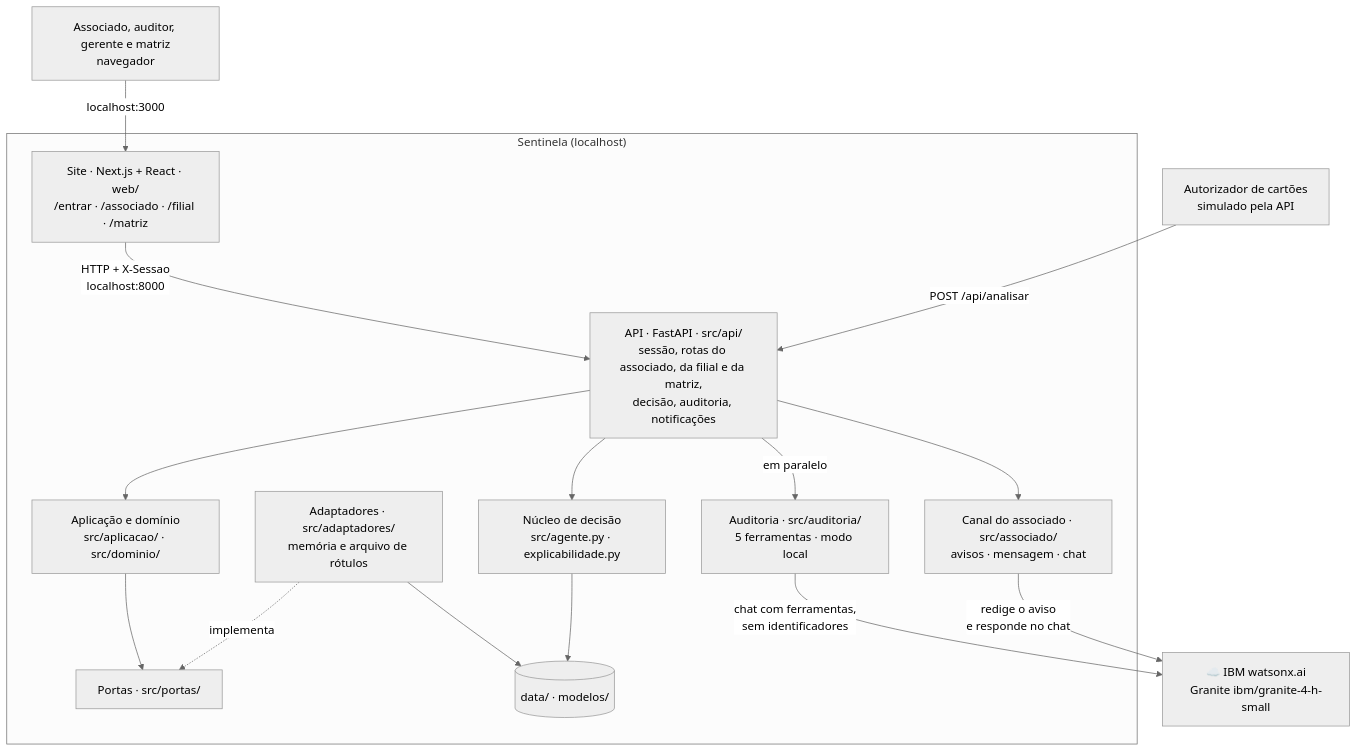
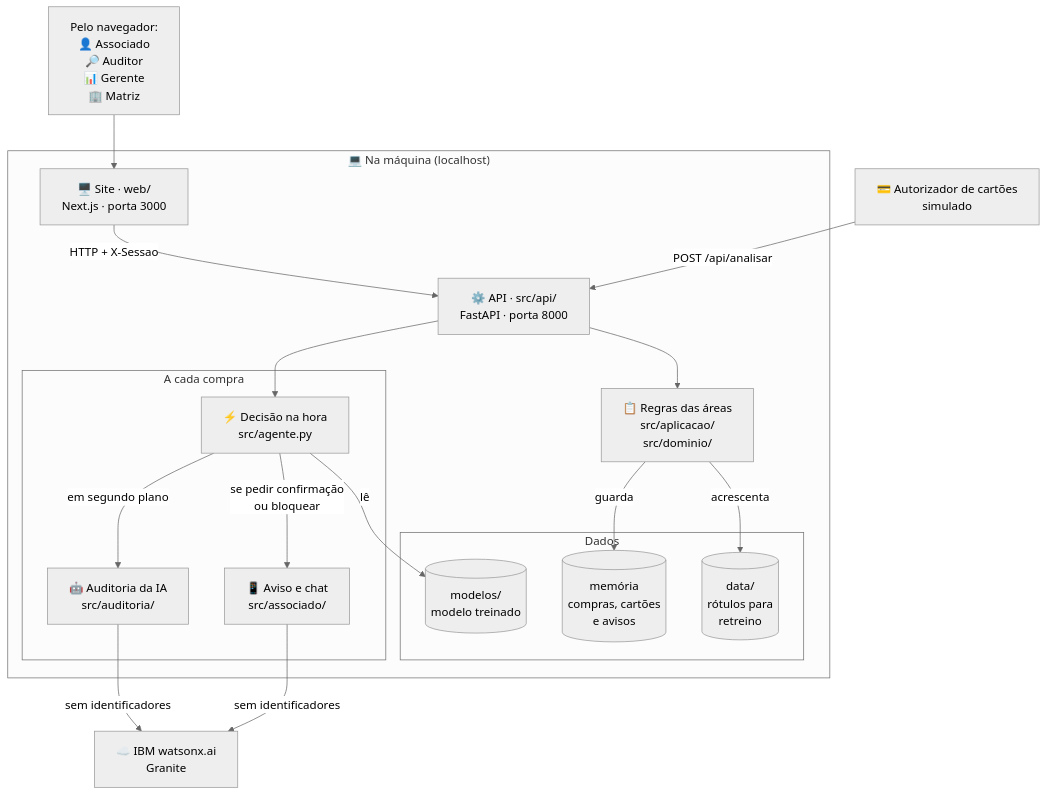
The third of 15 diagrams in README.md (PedroMLegnaghi/Sentinela_IBM_SkillsBuildAILab_Sicredi_challenge), drawn with Mermaid (neutral theme) before and after one commit. The commit also changed other lines of this file, not shown here.

Commit message:
docs: redesenha o diagrama de contêineres do README (#150)
* docs: redesenha o diagrama de contêineres do README

* docs: simplifica as setas do diagrama de contêineres

* docs: junta as pessoas num só bloco no diagrama de contêineres

* docs: uma pessoa por linha no diagrama de contêineres

````diff
--- a/README.md
+++ b/README.md
@@ -139,32 +139,36 @@
 ```mermaid
-graph TB
-    USU["Associado, auditor, gerente e matriz<br/>navegador"]
-    AUT["Autorizador de cartões<br/>simulado pela API"]
+flowchart TB
+    PES["Pelo navegador:<br/>👤 Associado<br/>🔎 Auditor<br/>📊 Gerente<br/>🏢 Matriz"]
+    AUT["💳 Autorizador de cartões<br/>simulado"]
 
-    subgraph Sentinela["Sentinela (localhost)"]
-        SITE["Site · Next.js + React · web/<br/>/entrar · /associado · /filial · /matriz"]
-        API["API · FastAPI · src/api/<br/>sessão, rotas do associado, da filial e da matriz,<br/>decisão, auditoria, notificações"]
-        APL["Aplicação e domínio<br/>src/aplicacao/ · src/dominio/"]
-        POR["Portas · src/portas/"]
-        MEM["Adaptadores · src/adaptadores/<br/>memória e arquivo de rótulos"]
-        NUC["Núcleo de decisão<br/>src/agente.py · explicabilidade.py"]
-        AUDI["Auditoria · src/auditoria/<br/>5 ferramentas · modo local"]
-        CAN["Canal do associado · src/associado/<br/>avisos · mensagem · chat"]
-        ARQ[("data/ · modelos/")]
+    subgraph Local["💻 Na máquina (localhost)"]
+        SITE["🖥️ Site · web/<br/>Next.js · porta 3000"]
+        API["⚙️ API · src/api/<br/>FastAPI · porta 8000"]
+        subgraph Compra["A cada compra"]
+            NUC["⚡ Decisão na hora<br/>src/agente.py"]
+            AUDI["🤖 Auditoria da IA<br/>src/auditoria/"]
+            CAN["📱 Aviso e chat<br/>src/associado/"]
+        end
+        REG["📋 Regras das áreas<br/>src/aplicacao/<br/>src/dominio/"]
+        subgraph Dados["Dados"]
+            MOD[("modelos/<br/>modelo treinado")]
+            MEM[("memória<br/>compras, cartões<br/>e avisos")]
+            ROT[("data/<br/>rótulos para<br/>retreino")]
+        end
     end
 
-    WX["☁️ IBM watsonx.ai<br/>Granite ibm/granite-4-h-small"]
+    WX["☁️ IBM watsonx.ai<br/>Granite"]
 
-    USU -->|"localhost:3000"| SITE
-    SITE -->|"HTTP + X-Sessao<br/>localhost:8000"| API
+    PES --> SITE
+    SITE -->|"HTTP + X-Sessao"| API
     AUT -->|"POST /api/analisar"| API
-    API --> APL --> POR
-    MEM -.->|implementa| POR
     API --> NUC
-    API -->|em paralelo| AUDI
-    API --> CAN
-    AUDI -->|"chat com ferramentas,<br/>sem identificadores"| WX
-    CAN -->|"redige o aviso<br/>e responde no chat"| WX
-    NUC --> ARQ
-    MEM --> ARQ
+    NUC -->|"em segundo plano"| AUDI
+    NUC -->|"se pedir confirmação<br/>ou bloquear"| CAN
+    API --> REG
+    NUC -->|lê| MOD
+    REG -->|guarda| MEM
+    REG -->|acrescenta| ROT
+    AUDI -->|"sem identificadores"| WX
+    CAN -->|"sem identificadores"| WX
 ```
````
